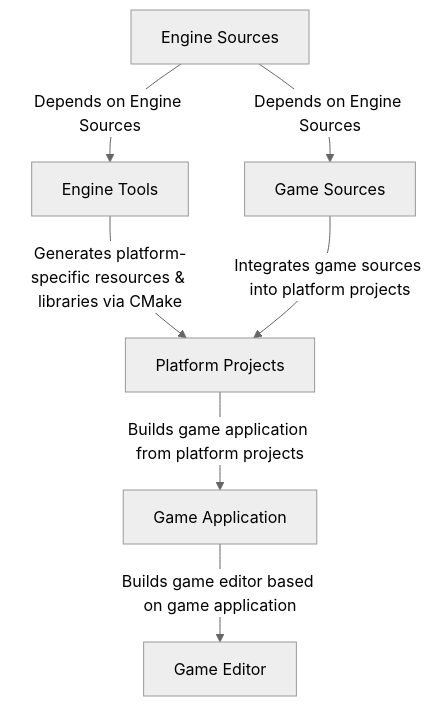
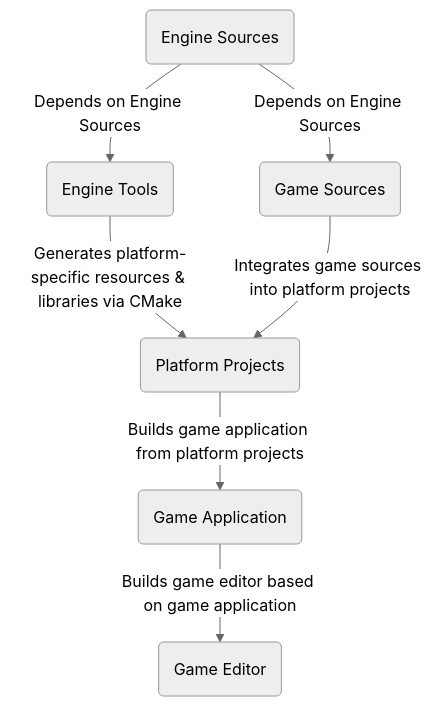
The diagram in README.md (Clevergua/Tickernel), drawn with Mermaid (neutral theme) before and after one commit.

````diff
--- a/README.md
+++ b/README.md
@@ -4,8 +4,8 @@
 ``` mermaid
 flowchart TD
-    A["Engine Sources"] -- "Depends on Engine Sources" --> B["Game Sources"] & C["Engine Tools"]
-    C -- "Generates platform-specific resources & libraries via CMake" --> D["Platform Projects"]
-    D -- "Builds game application from platform projects" --> E["Game Application"]
-    E -- "Builds game editor based on game application" --> F["Game Editor"]
+    A("Engine Sources") -- "Depends on Engine Sources" --> B("Game Sources") & C("Engine Tools")
+    C -- "Generates platform-specific resources & libraries via CMake" --> D("Platform Projects")
+    D -- "Builds game application from platform projects" --> E("Game Application")
+    E -- "Builds game editor based on game application" --> F("Game Editor")
     B -- "Integrates game sources into platform projects" --> D
 ```
````
